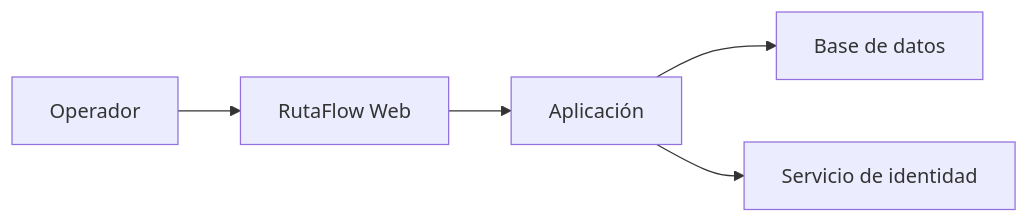
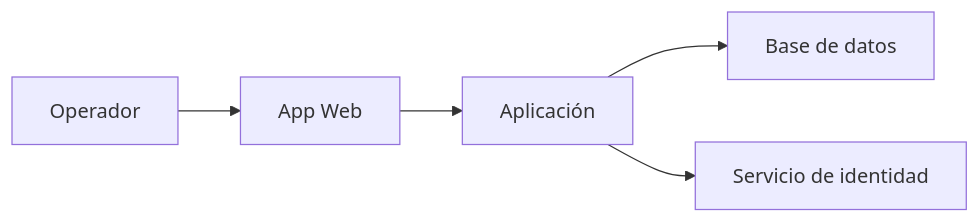
Before and after one commit to NICORUIZ93/Academia_Floci: the second of 6 diagrams in web/public/content/foundations/modulo-7.md, drawn with Mermaid. The commit also changed other lines of this file and 11 other files, not shown here.

First line of the commit message:
Foundations: complete RutaFlow purge (0-11)

````diff
--- a/web/public/content/foundations/modulo-7.md
+++ b/web/public/content/foundations/modulo-7.md
@@ -123,5 +117,5 @@
 ```mermaid
 flowchart LR
-    PERSON["Operador"] --> WEB["RutaFlow Web"] --> APP["Aplicación"] --> DB["Base de datos"]
+    PERSON["Operador"] --> WEB["App Web"] --> APP["Aplicación"] --> DB["Base de datos"]
     APP --> ID["Servicio de identidad"]
 ```
````
